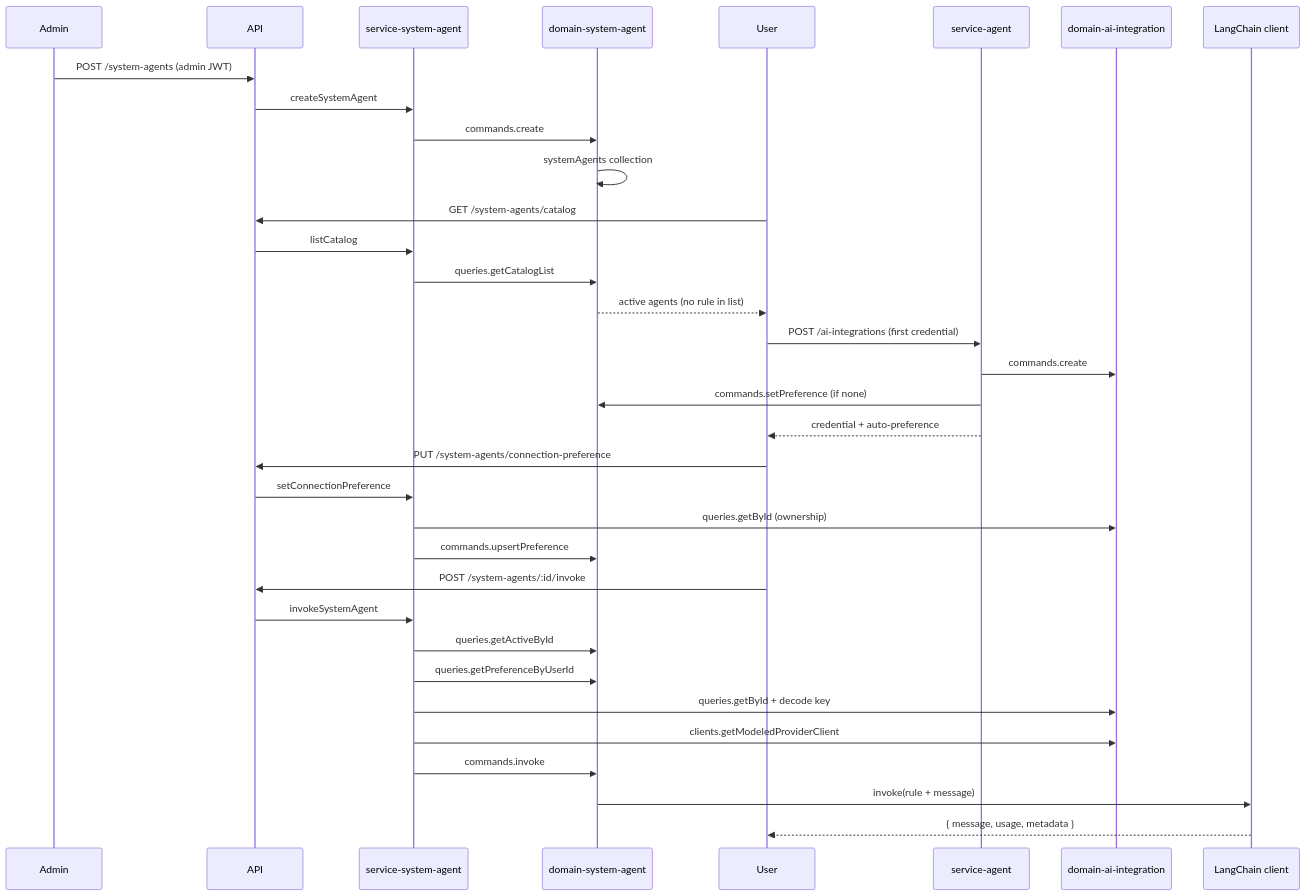
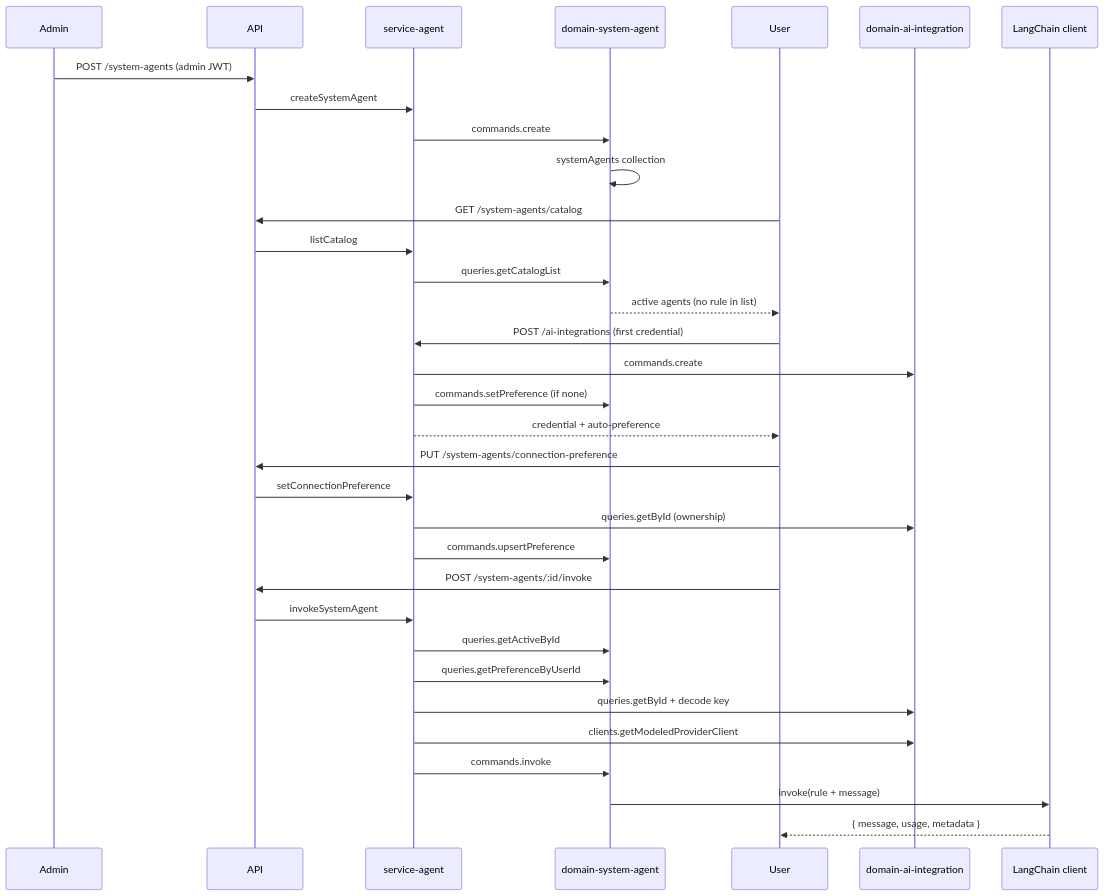
One commit to Wadowski/vassembly changed the second of 5 diagrams in docs/features/system-agent/architecture.md. Above: the diagram before and after it, drawn with Mermaid. The commit also changed other lines of this file and 56 other files, not shown here.

First line of the commit message:
chore: consolidate system-agent service into agent service

````diff
--- a/docs/features/system-agent/architecture.md
+++ b/docs/features/system-agent/architecture.md
@@ -71,41 +67,40 @@
 ```mermaid
 sequenceDiagram
   participant Admin
   participant API
-  participant SysSvc as service-system-agent
+  participant SysSvc as service-agent
   participant SysDom as domain-system-agent
   participant User
-  participant AgentSvc as service-agent
   participant AiDom as domain-ai-integration
   participant LC as LangChain client
 
   Admin->>API: POST /system-agents (admin JWT)
   API->>SysSvc: createSystemAgent
   SysSvc->>SysDom: commands.create
   SysDom->>SysDom: systemAgents collection
 
   User->>API: GET /system-agents/catalog
   API->>SysSvc: listCatalog
   SysSvc->>SysDom: queries.getCatalogList
   SysDom-->>User: active agents (no rule in list)
 
-  User->>AgentSvc: POST /ai-integrations (first credential)
-  AgentSvc->>AiDom: commands.create
-  AgentSvc->>SysDom: commands.setPreference (if none)
-  AgentSvc-->>User: credential + auto-preference
+  User->>SysSvc: POST /ai-integrations (first credential)
+  SysSvc->>AiDom: commands.create
+  SysSvc->>SysDom: commands.setPreference (if none)
+  SysSvc-->>User: credential + auto-preference
 
   User->>API: PUT /system-agents/connection-preference
   API->>SysSvc: setConnectionPreference
   SysSvc->>AiDom: queries.getById (ownership)
   SysSvc->>SysDom: commands.upsertPreference
 
   User->>API: POST /system-agents/:id/invoke
   API->>SysSvc: invokeSystemAgent
   SysSvc->>SysDom: queries.getActiveById
   SysSvc->>SysDom: queries.getPreferenceByUserId
   SysSvc->>AiDom: queries.getById + decode key
   SysSvc->>AiDom: clients.getModeledProviderClient
   SysSvc->>SysDom: commands.invoke
   SysDom->>LC: invoke(rule + message)
   LC-->>User: { message, usage, metadata }
 ```
````
